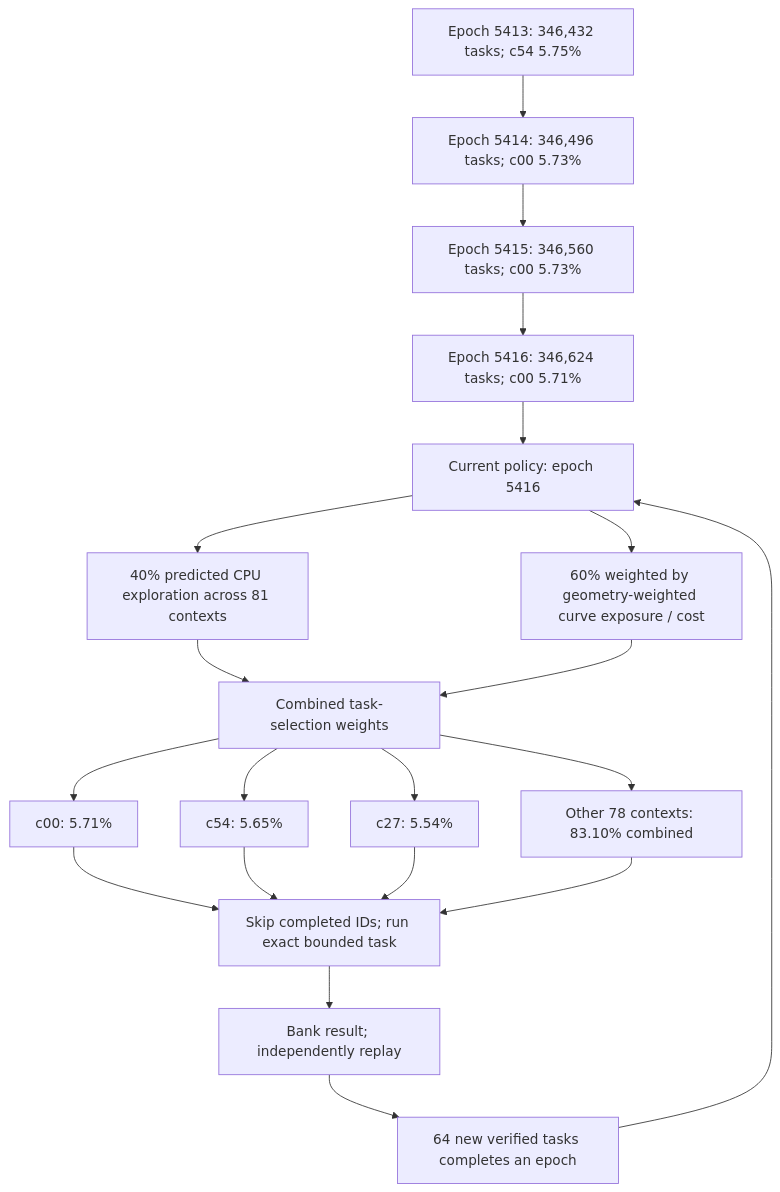
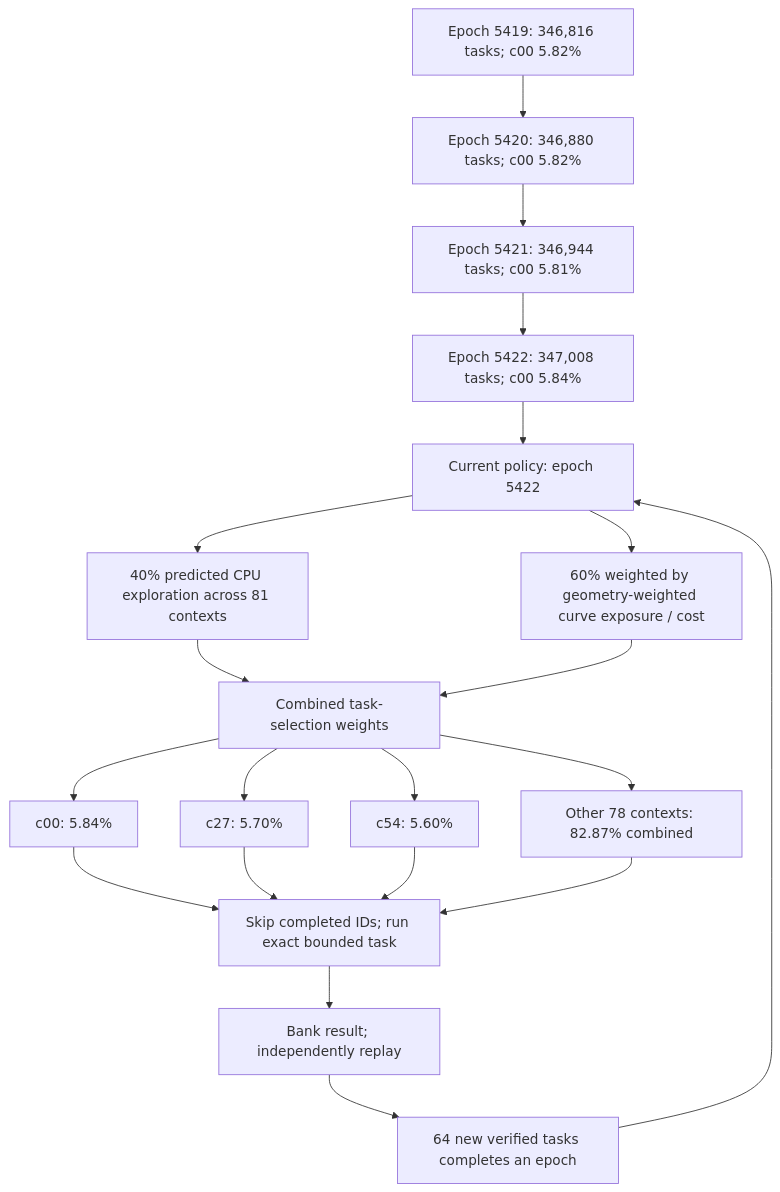
One commit to Kuberwastaken/math-gambling changed the first of 3 diagrams in README.md. Above: the diagram before and after it, drawn with Mermaid. The commit also changed other lines of this file and 1451 other files, not shown here.

````diff
--- a/README.md
+++ b/README.md
@@ -60,27 +60,27 @@
 ```mermaid
 flowchart TD
-    H0["Epoch 5413: 346,432 tasks; c54 5.75%"]
-    H1["Epoch 5414: 346,496 tasks; c00 5.73%"]
+    H0["Epoch 5419: 346,816 tasks; c00 5.82%"]
+    H1["Epoch 5420: 346,880 tasks; c00 5.82%"]
     H0 --> H1
-    H2["Epoch 5415: 346,560 tasks; c00 5.73%"]
+    H2["Epoch 5421: 346,944 tasks; c00 5.81%"]
     H1 --> H2
-    H3["Epoch 5416: 346,624 tasks; c00 5.71%"]
+    H3["Epoch 5422: 347,008 tasks; c00 5.84%"]
     H2 --> H3
-    Policy["Current policy: epoch 5416"]
+    Policy["Current policy: epoch 5422"]
     H3 --> Policy
     Policy --> Explore["40% predicted CPU exploration across 81 contexts"]
     Policy --> Cost["60% weighted by geometry-weighted curve exposure / cost"]
     Explore --> Mix["Combined task-selection weights"]
     Cost --> Mix
-    Mix --> C0["c00: 5.71%"]
-    Mix --> C1["c54: 5.65%"]
-    Mix --> C2["c27: 5.54%"]
-    Mix --> Rest["Other 78 contexts: 83.10% combined"]
+    Mix --> C0["c00: 5.84%"]
+    Mix --> C1["c27: 5.70%"]
+    Mix --> C2["c54: 5.60%"]
+    Mix --> Rest["Other 78 contexts: 82.87% combined"]
     C0 --> Check["Skip completed IDs; run exact bounded task"]
     C1 --> Check
     C2 --> Check
     Rest --> Check
     Check --> Replay["Bank result; independently replay"]
     Replay --> Gate["64 new verified tasks completes an epoch"]
     Gate --> Policy
 ```
````
